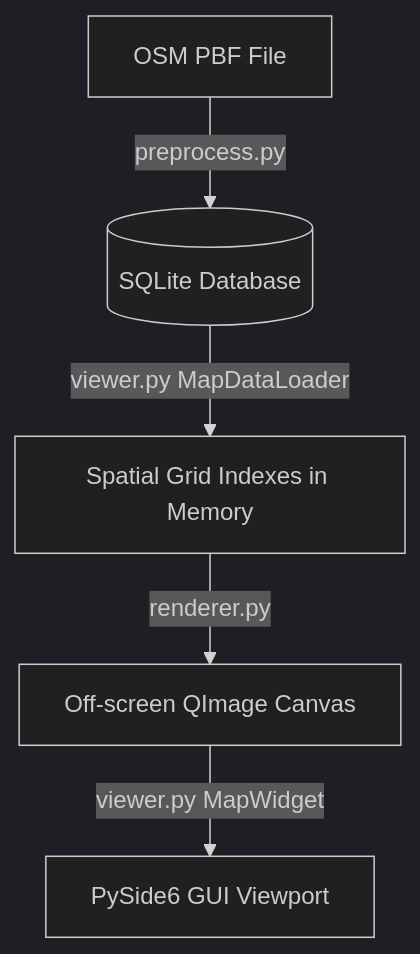
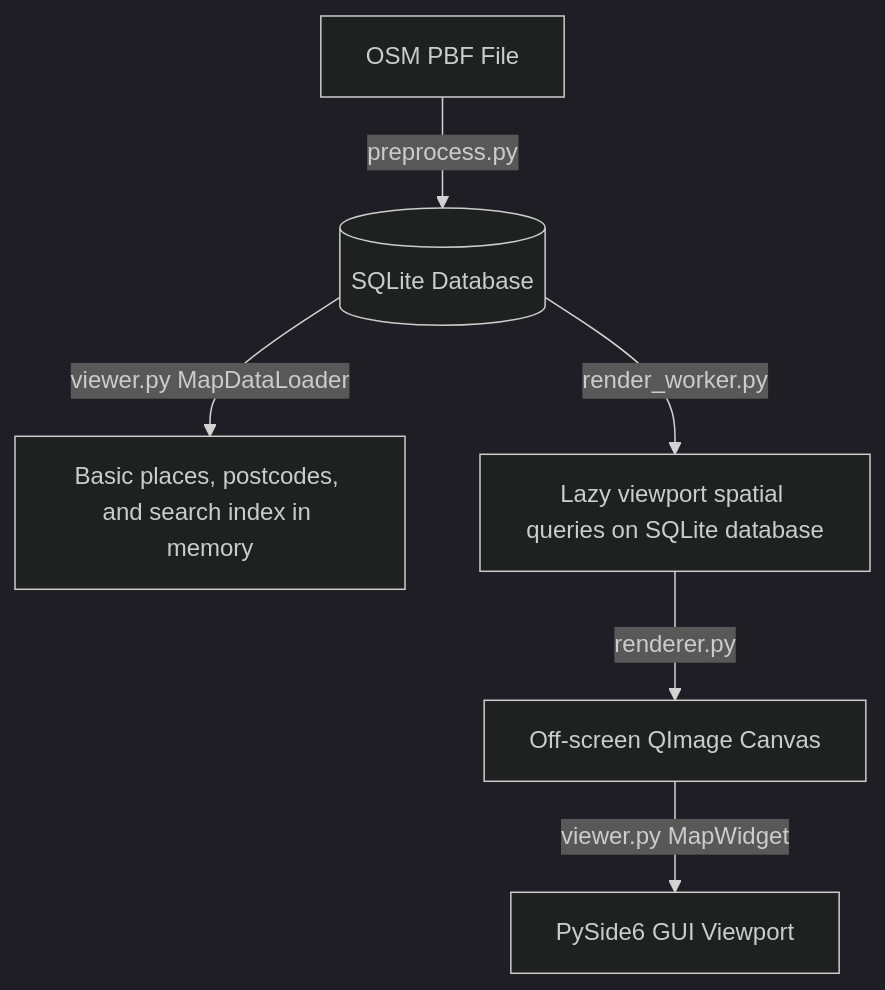
One commit to dimaie/navigator changed the diagram in DEVELOPER_GUIDE.md. Above: the diagram before and after it, drawn with Mermaid (dark theme). The commit also changed other lines of this file and 8 other files, not shown here.

````diff
--- a/DEVELOPER_GUIDE.md
+++ b/DEVELOPER_GUIDE.md
@@ -13,7 +14,8 @@
 ```mermaid
 graph TD
     A[OSM PBF File] -->|preprocess.py| B[(SQLite Database)]
-    B -->|viewer.py MapDataLoader| C[Spatial Grid Indexes in Memory]
-    C -->|renderer.py| D[Off-screen QImage Canvas]
-    D -->|viewer.py MapWidget| E[PySide6 GUI Viewport]
+    B -->|viewer.py MapDataLoader| C[Basic places, postcodes, and search index in memory]
+    B -->|render_worker.py| D[Lazy viewport spatial queries on SQLite database]
+    D -->|renderer.py| E[Off-screen QImage Canvas]
+    E -->|viewer.py MapWidget| F[PySide6 GUI Viewport]
 ```
````
